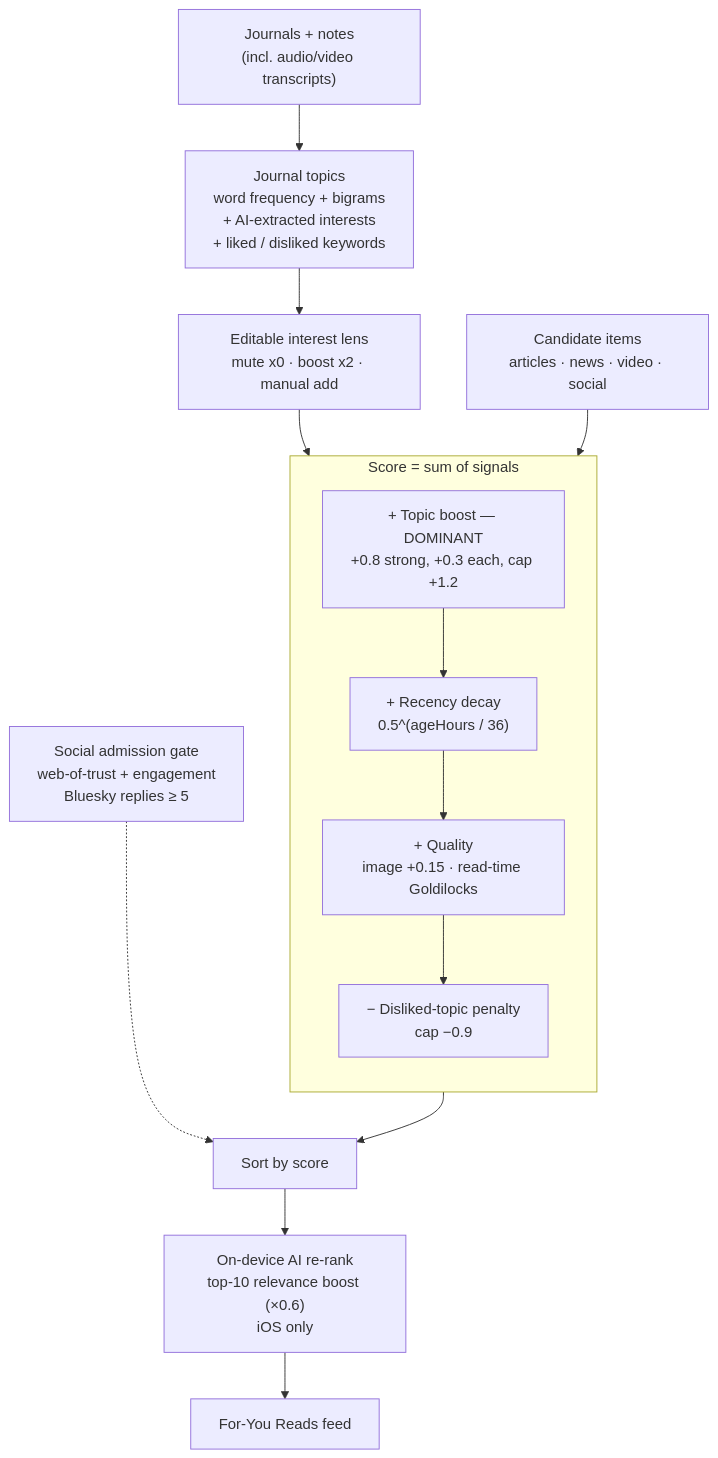
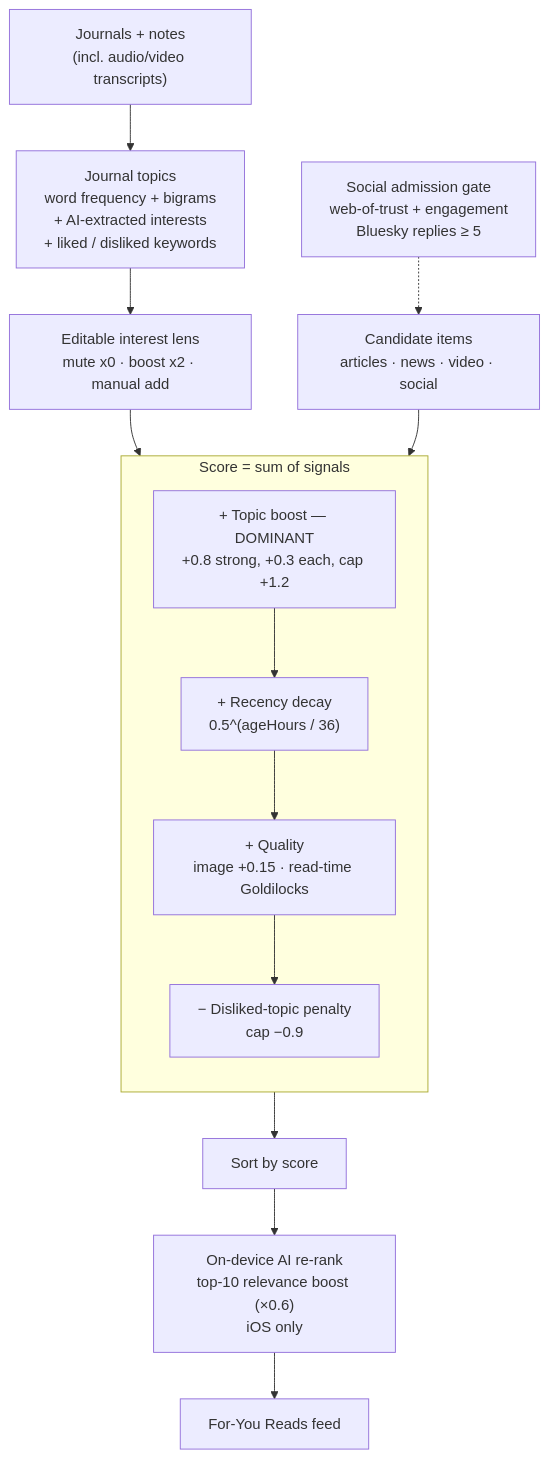
The second of 3 diagrams in README.md (zanynik/slowclaw.social), drawn with Mermaid before and after one commit.

Commit message:
docs(readme): point social admission gate at candidate pool, not sort
The ranking mermaid showed the social admission gate feeding SORT
(after SCORE), implying gated social posts skip scoring. In the
actual pipeline (App.tsx), gateSocialItems + filterBlueskyByReplies
run BEFORE social items join the unified candidate pool, and admitted
posts go through the same journal-driven rankReads as articles. Move
the dashed arrow from SORT to ITEMS so the diagram matches behavior.

````diff
--- a/README.md
+++ b/README.md
@@ -61,22 +61,22 @@
 ```mermaid
 flowchart TB
     J["Journals + notes<br/>(incl. audio/video transcripts)"] --> TOPICS["Journal topics<br/>word frequency + bigrams<br/>+ AI-extracted interests<br/>+ liked / disliked keywords"]
     TOPICS --> LENS["Editable interest lens<br/>mute x0 · boost x2 · manual add"]
     LENS --> SCORE
 
     ITEMS["Candidate items<br/>articles · news · video · social"] --> SCORE
 
     subgraph SCORE["Score = sum of signals"]
         direction TB
         TB1["+ Topic boost — DOMINANT<br/>+0.8 strong, +0.3 each, cap +1.2"]
         TB2["+ Recency decay<br/>0.5^(ageHours / 36)"]
         TB3["+ Quality<br/>image +0.15 · read-time Goldilocks"]
         TB4["− Disliked-topic penalty<br/>cap −0.9"]
         TB1 --> TB2 --> TB3 --> TB4
     end
 
     SCORE --> SORT["Sort by score"]
-    GATE["Social admission gate<br/>web-of-trust + engagement<br/>Bluesky replies ≥ 5"] -.-> SORT
+    GATE["Social admission gate<br/>web-of-trust + engagement<br/>Bluesky replies ≥ 5"] -.-> ITEMS
     SORT --> AI["On-device AI re-rank<br/>top-10 relevance boost (×0.6)<br/>iOS only"]
     AI --> FEED["For-You Reads feed"]
 ```
````
